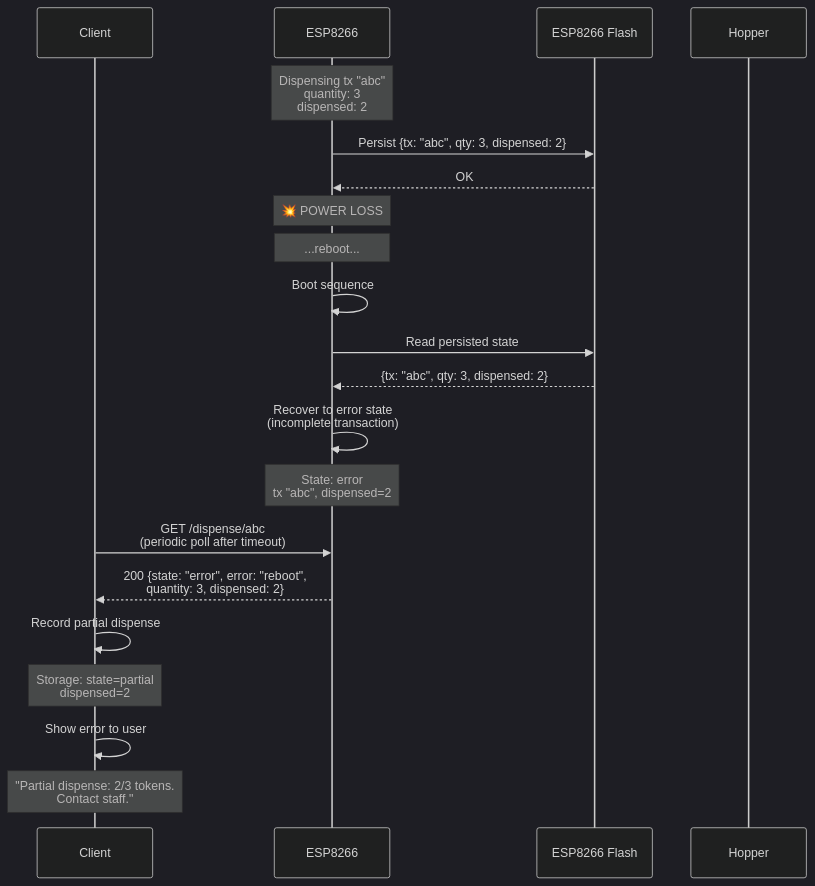
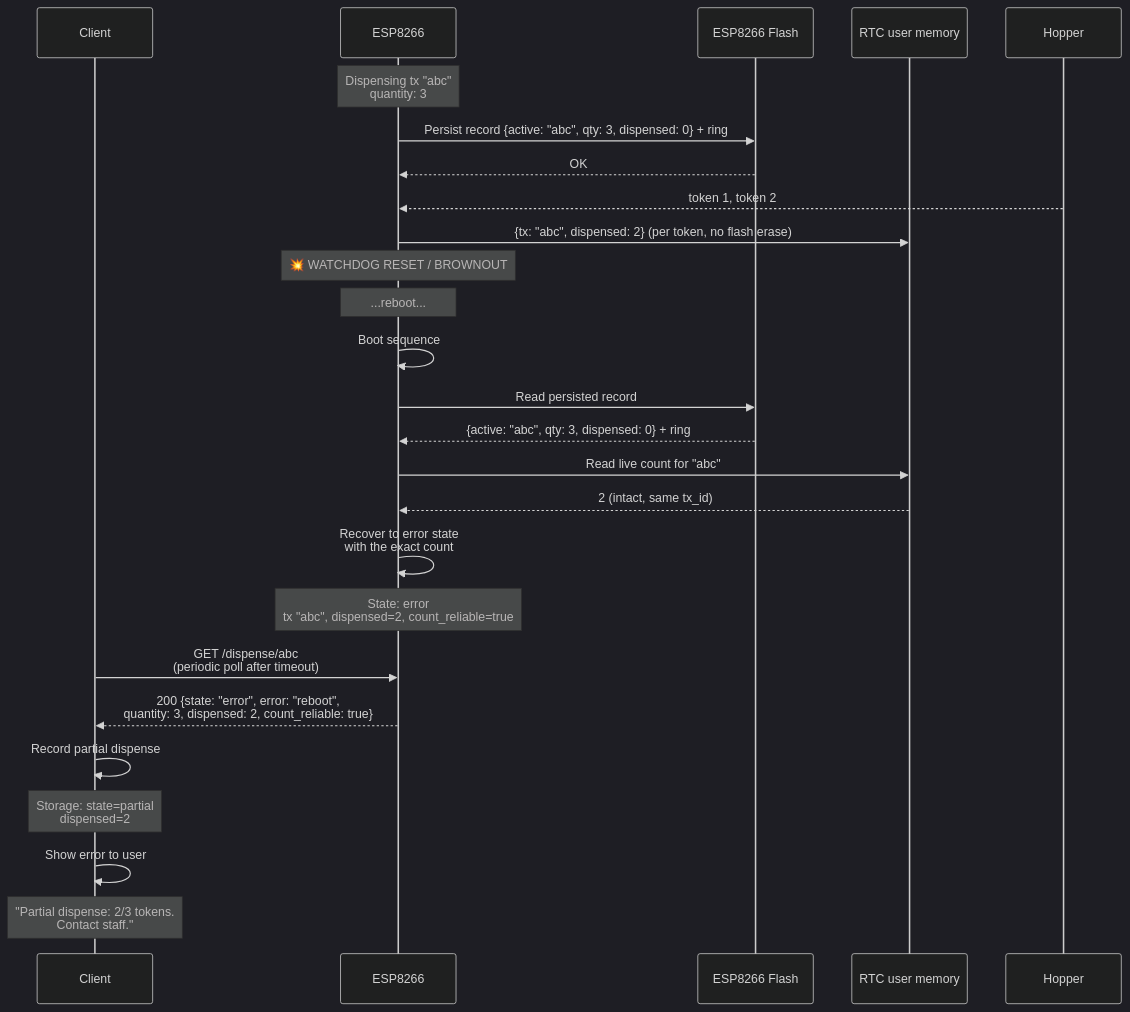
Before and after one commit to dgloeckner/remote-token-dispenser: diagram 14 of 28 in ARCHITECTURE.md, drawn with Mermaid (dark theme). The commit also changed other lines of this file and 3 other files, not shown here.

First line of the commit message:
F3 (#3): write count_reliable and the two resets into the protocol

````diff
--- a/ARCHITECTURE.md
+++ b/ARCHITECTURE.md
@@ -838,33 +838,39 @@
 ```mermaid
 sequenceDiagram
     participant Client
     participant ESP8266
     participant Flash as ESP8266 Flash
+    participant RTC as RTC user memory
     participant Hopper
 
-    Note over ESP8266: Dispensing tx "abc"<br/>quantity: 3<br/>dispensed: 2
+    Note over ESP8266: Dispensing tx "abc"<br/>quantity: 3
 
-    ESP8266->>Flash: Persist {tx: "abc", qty: 3, dispensed: 2}
+    ESP8266->>Flash: Persist record {active: "abc", qty: 3, dispensed: 0} + ring
     Flash-->>ESP8266: OK
 
-    Note over ESP8266: 💥 POWER LOSS
+    Hopper-->>ESP8266: token 1, token 2
+    ESP8266->>RTC: {tx: "abc", dispensed: 2} (per token, no flash erase)
+
+    Note over ESP8266: 💥 WATCHDOG RESET / BROWNOUT
 
     Note over ESP8266: ...reboot...
 
     ESP8266->>ESP8266: Boot sequence
-    ESP8266->>Flash: Read persisted state
-    Flash-->>ESP8266: {tx: "abc", qty: 3, dispensed: 2}
+    ESP8266->>Flash: Read persisted record
+    Flash-->>ESP8266: {active: "abc", qty: 3, dispensed: 0} + ring
+    ESP8266->>RTC: Read live count for "abc"
+    RTC-->>ESP8266: 2 (intact, same tx_id)
 
-    ESP8266->>ESP8266: Recover to error state<br/>(incomplete transaction)
-    Note over ESP8266: State: error<br/>tx "abc", dispensed=2
+    ESP8266->>ESP8266: Recover to error state<br/>with the exact count
+    Note over ESP8266: State: error<br/>tx "abc", dispensed=2, count_reliable=true
 
     Client->>ESP8266: GET /dispense/abc<br/>(periodic poll after timeout)
 
-    ESP8266-->>Client: 200 {state: "error", error: "reboot",<br/>quantity: 3, dispensed: 2}
+    ESP8266-->>Client: 200 {state: "error", error: "reboot",<br/>quantity: 3, dispensed: 2, count_reliable: true}
 
     Client->>Client: Record partial dispense
     Note over Client: Storage: state=partial<br/>dispensed=2
 
     Client->>Client: Show error to user
     Note over Client: "Partial dispense: 2/3 tokens.<br/>Contact staff."
 ```
````
